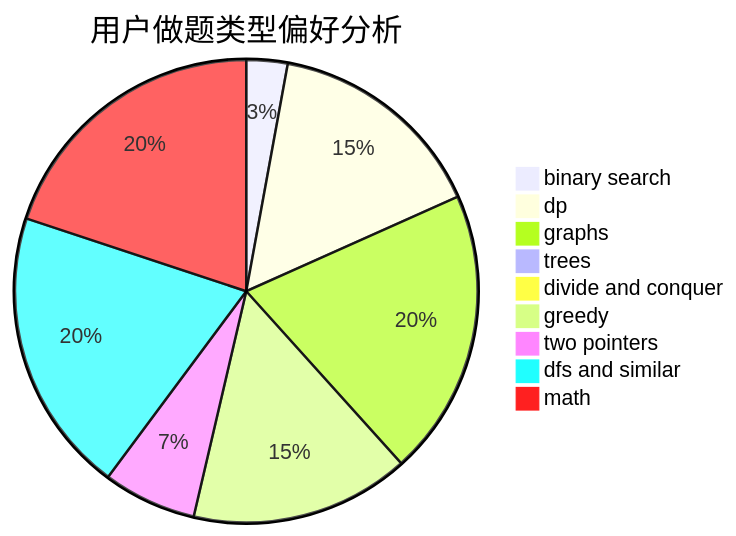
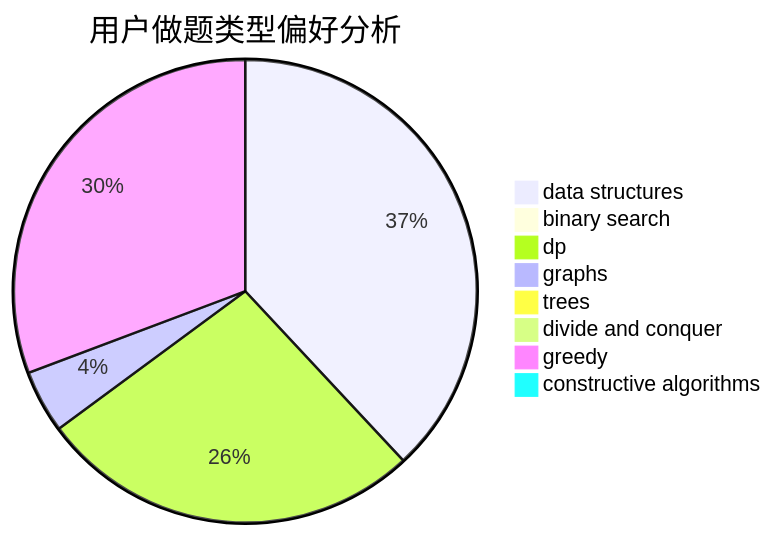
One commit to sherpahu/cfrs.github.io changed the second of 3 diagrams in docs/user/u993.md. Above: the diagram before and after it, drawn with Mermaid. The commit also changed other lines of this file and 2775 other files, not shown here.

````diff
--- a/docs/user/u993.md
+++ b/docs/user/u993.md
@@ -23,12 +23,11 @@
 ```mermaid
 pie title 用户做题类型偏好分析
-    "binary search" :  52
-    "dp" :  279
-    "graphs" :  362
-    "trees" :  4
+    "data structures" :  78
+    "binary search" :  2
+    "dp" :  55
+    "graphs" :  9
+    "trees" :  2
     "divide and conquer" :  0
-    "greedy" :  277
-    "two pointers" :  118
-    "dfs and similar" :  360
-    "math" :  360
+    "greedy" :  63
+    "constructive algorithms" :  0
 ```
````
